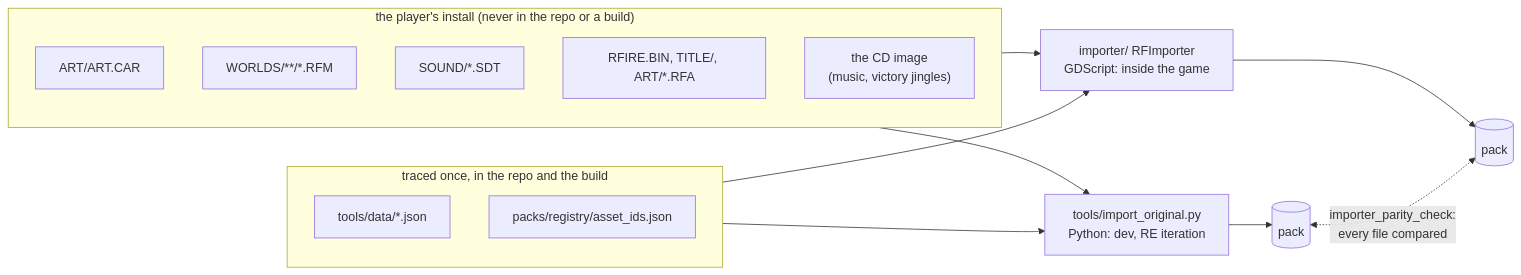
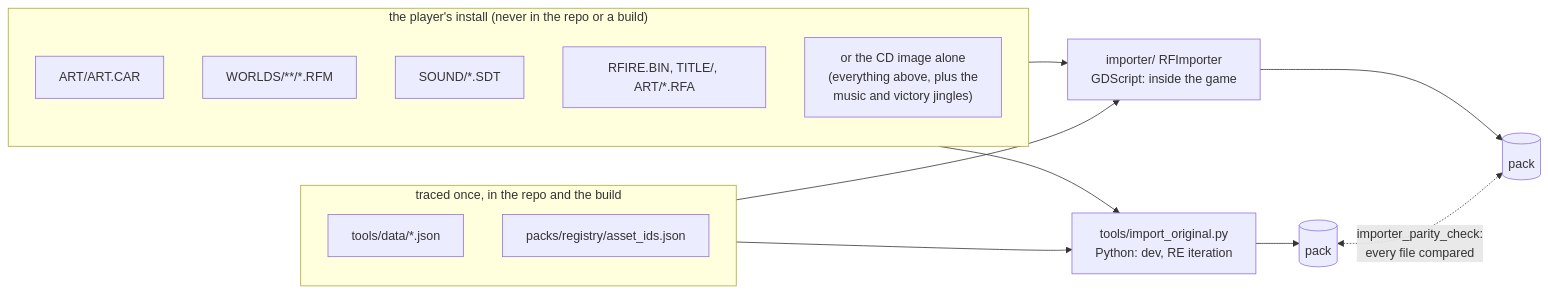
One commit to alexdia25/openfire changed the fourth of 4 diagrams in docs/ARCHITECTURE.md. Above: the diagram before and after it, drawn with Mermaid. The commit also changed other lines of this file and 10 other files, not shown here.

````diff
--- a/docs/ARCHITECTURE.md
+++ b/docs/ARCHITECTURE.md
@@ -140,25 +140,25 @@
 ```mermaid
 flowchart LR
     subgraph install["the player's install (never in the repo or a build)"]
         direction TB
         CAR["ART/ART.CAR"]
         RFM["WORLDS/**/*.RFM"]
         SDT["SOUND/*.SDT"]
         BIN["RFIRE.BIN, TITLE/, ART/*.RFA"]
-        ISO["the CD image<br/>(music, victory jingles)"]
+        ISO["or the CD image alone<br/>(everything above, plus the<br/>music and victory jingles)"]
     end
     subgraph traced["traced once, in the repo and the build"]
         direction TB
         DATA["tools/data/*.json"]
         REG["packs/registry/asset_ids.json"]
     end
     PY["tools/import_original.py<br/>Python: dev, RE iteration"]
     GD["importer/ RFImporter<br/>GDScript: inside the game"]
     install --> PY
     install --> GD
     traced --> PY
     traced --> GD
     PY --> P1[("pack")]
     GD --> P2[("pack")]
     P1 <-. "importer_parity_check:<br/>every file compared" .-> P2
 ```
````
